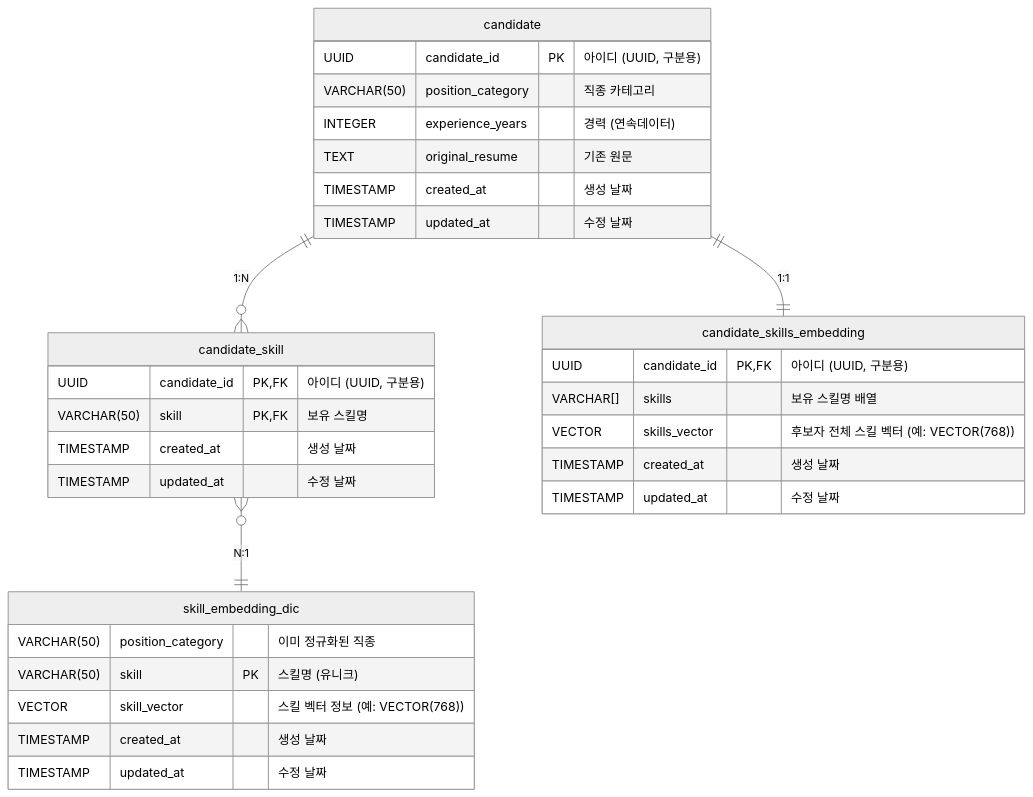
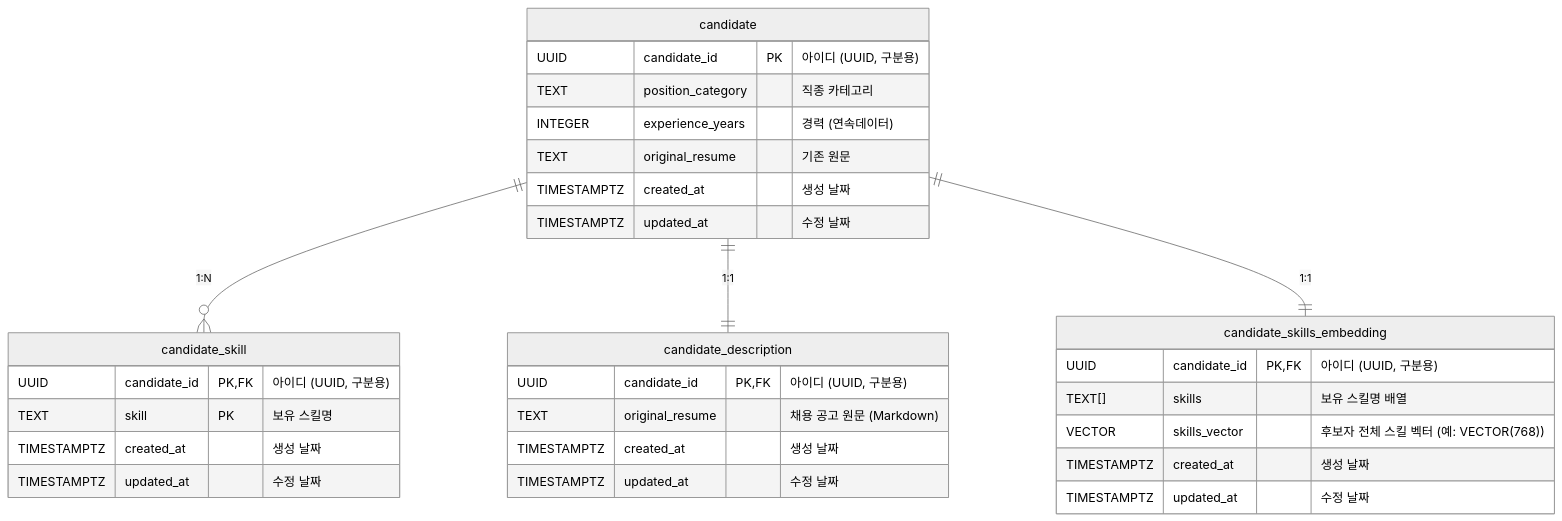
One commit to Alpha-Match/Alpha-Match changed the second of 4 diagrams in Backend/docs/table_specification.md. Above: the diagram before and after it, drawn with Mermaid (neutral theme). The commit also changed other lines of this file and 2 other files, not shown here.

````diff
--- a/Backend/docs/table_specification.md
+++ b/Backend/docs/table_specification.md
@@ -23,38 +58,37 @@
 ```mermaid
 erDiagram
     candidate {
         UUID candidate_id PK "아이디 (UUID, 구분용)"
-        VARCHAR(50) position_category "직종 카테고리"
+        TEXT position_category "직종 카테고리"
         INTEGER experience_years "경력 (연속데이터)"
         TEXT original_resume "기존 원문"
-        TIMESTAMP created_at "생성 날짜"
-        TIMESTAMP updated_at "수정 날짜"
+        TIMESTAMPTZ created_at "생성 날짜"
+        TIMESTAMPTZ updated_at "수정 날짜"
     }
 
+    candidate_description {
+        UUID candidate_id PK,FK "아이디 (UUID, 구분용)"
+        TEXT original_resume "채용 공고 원문 (Markdown)"
+        TIMESTAMPTZ created_at "생성 날짜"
+        TIMESTAMPTZ updated_at "수정 날짜"
+    }
+    
     candidate_skill {
         UUID candidate_id PK,FK "아이디 (UUID, 구분용)"
-        VARCHAR(50) skill PK,FK "보유 스킬명"
-        TIMESTAMP created_at "생성 날짜"
-        TIMESTAMP updated_at "수정 날짜"
-    }
-
-    skill_embedding_dic {
-        VARCHAR(50) position_category "이미 정규화된 직종"
-        VARCHAR(50) skill PK "스킬명 (유니크)"
-        VECTOR skill_vector "스킬 벡터 정보 (예: VECTOR(768))"
-        TIMESTAMP created_at "생성 날짜"
-        TIMESTAMP updated_at "수정 날짜"
+        TEXT skill PK "보유 스킬명"
+        TIMESTAMPTZ created_at "생성 날짜"
+        TIMESTAMPTZ updated_at "수정 날짜"
     }
 
     candidate_skills_embedding {
         UUID candidate_id PK,FK "아이디 (UUID, 구분용)"
-        VARCHAR[] skills "보유 스킬명 배열"
+        TEXT[] skills "보유 스킬명 배열"
         VECTOR skills_vector "후보자 전체 스킬 벡터 (예: VECTOR(768))"
-        TIMESTAMP created_at "생성 날짜"
-        TIMESTAMP updated_at "수정 날짜"
+        TIMESTAMPTZ created_at "생성 날짜"
+        TIMESTAMPTZ updated_at "수정 날짜"
     }
 
     candidate ||--o{ candidate_skill : "1:N"
-    candidate_skill }o--|| skill_embedding_dic : "N:1"
+    candidate ||--|| candidate_description : "1:1"
     candidate ||--|| candidate_skills_embedding : "1:1"
 ```
````
